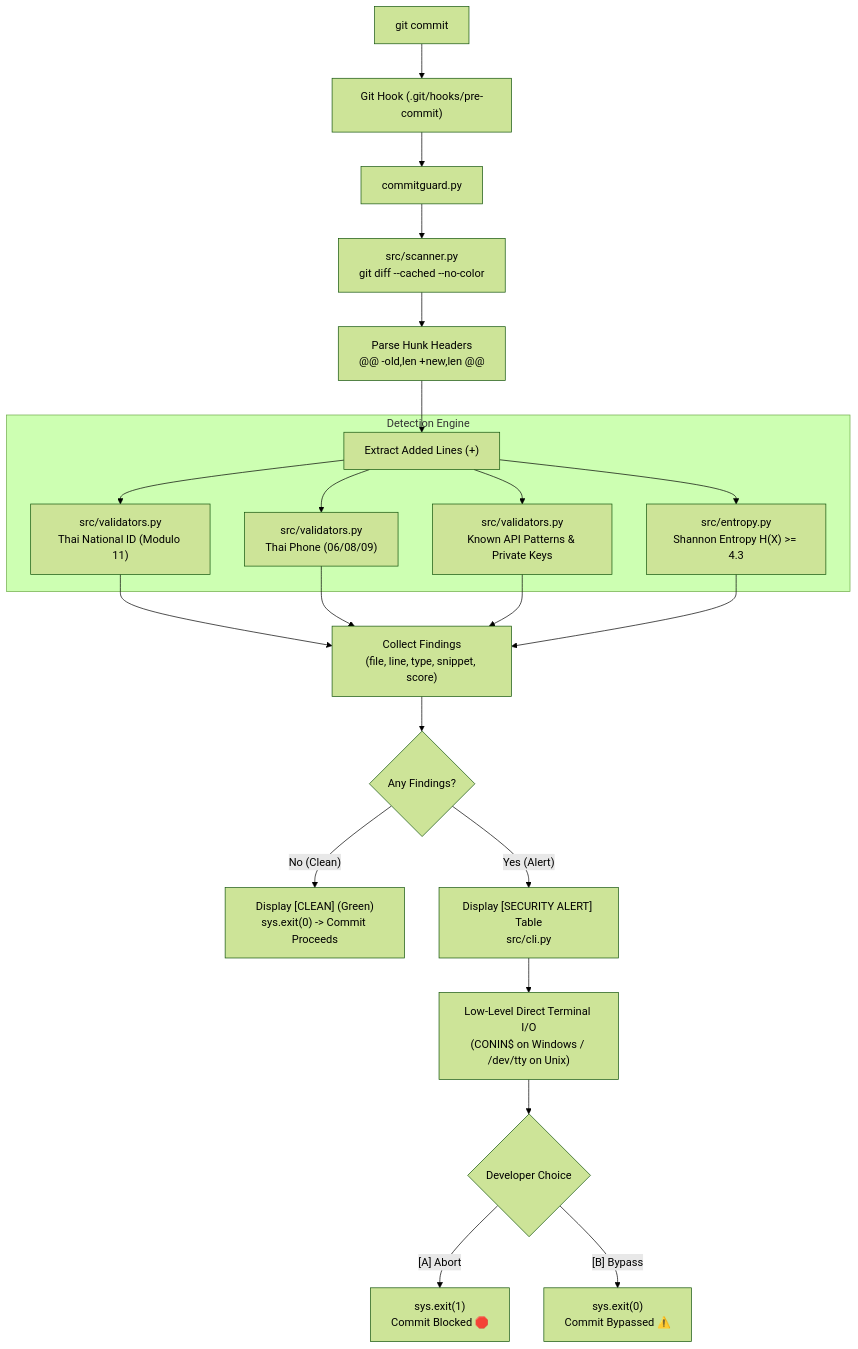
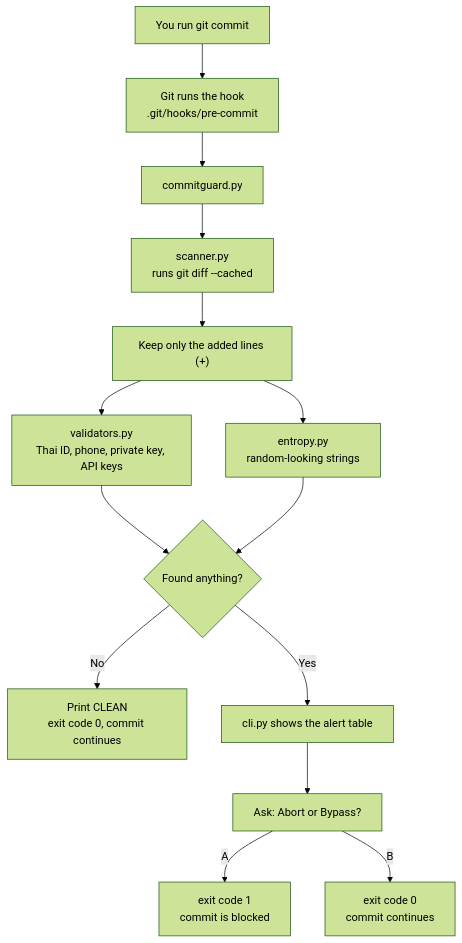
One commit to mfwitcode/CommitGuard changed the diagram in README.md. Above: the diagram before and after it, drawn with Mermaid (forest theme). The commit also changed other lines of this file, not shown here.

````diff
--- a/README.md
+++ b/README.md
@@ -42,29 +43,16 @@
 ```mermaid
 flowchart TD
-    A["git commit"] --> B["Git Hook (.git/hooks/pre-commit)"]
+    A["You run git commit"] --> B["Git runs the hook<br/>.git/hooks/pre-commit"]
     B --> C["commitguard.py"]
-    C --> D["src/scanner.py<br/>git diff --cached --no-color"]
-    D --> E["Parse Hunk Headers<br/>@@ -old,len +new,len @@"]
-    E --> F["Extract Added Lines (+)"]
-    
-    subgraph Detectors ["Detection Engine"]
-        F --> G["src/validators.py<br/>Thai National ID (Modulo 11)"]
-        F --> H["src/validators.py<br/>Thai Phone (06/08/09)"]
-        F --> I["src/validators.py<br/>Known API Patterns & Private Keys"]
-        F --> J["src/entropy.py<br/>Shannon Entropy H(X) >= 4.3"]
-    end
-    
-    G --> K["Collect Findings<br/>(file, line, type, snippet, score)"]
-    H --> K
-    I --> K
-    J --> K
-    
-    K --> L{"Any Findings?"}
-    L -- "No (Clean)" --> M["Display [CLEAN] (Green)<br/>sys.exit(0) -> Commit Proceeds"]
-    L -- "Yes (Alert)" --> N["Display [SECURITY ALERT] Table<br/>src/cli.py"]
-    
-    N --> O["Low-Level Direct Terminal I/O<br/>(CONIN$ on Windows / /dev/tty on Unix)"]
-    O --> P{"Developer Choice"}
-    P -- "[A] Abort" --> Q["sys.exit(1)<br/>Commit Blocked 🛑"]
-    P -- "[B] Bypass" --> R["sys.exit(0)<br/>Commit Bypassed ⚠️"]
+    C --> D["scanner.py<br/>runs git diff --cached"]
+    D --> E["Keep only the added lines (+)"]
+    E --> F["validators.py<br/>Thai ID, phone, private key, API keys"]
+    E --> G["entropy.py<br/>random-looking strings"]
+    F --> H{"Found anything?"}
+    G --> H
+    H -- "No" --> I["Print CLEAN<br/>exit code 0, commit continues"]
+    H -- "Yes" --> J["cli.py shows the alert table"]
+    J --> K["Ask: Abort or Bypass?"]
+    K -- "A" --> L["exit code 1<br/>commit is blocked"]
+    K -- "B" --> M["exit code 0<br/>commit continues"]
 ```
````
